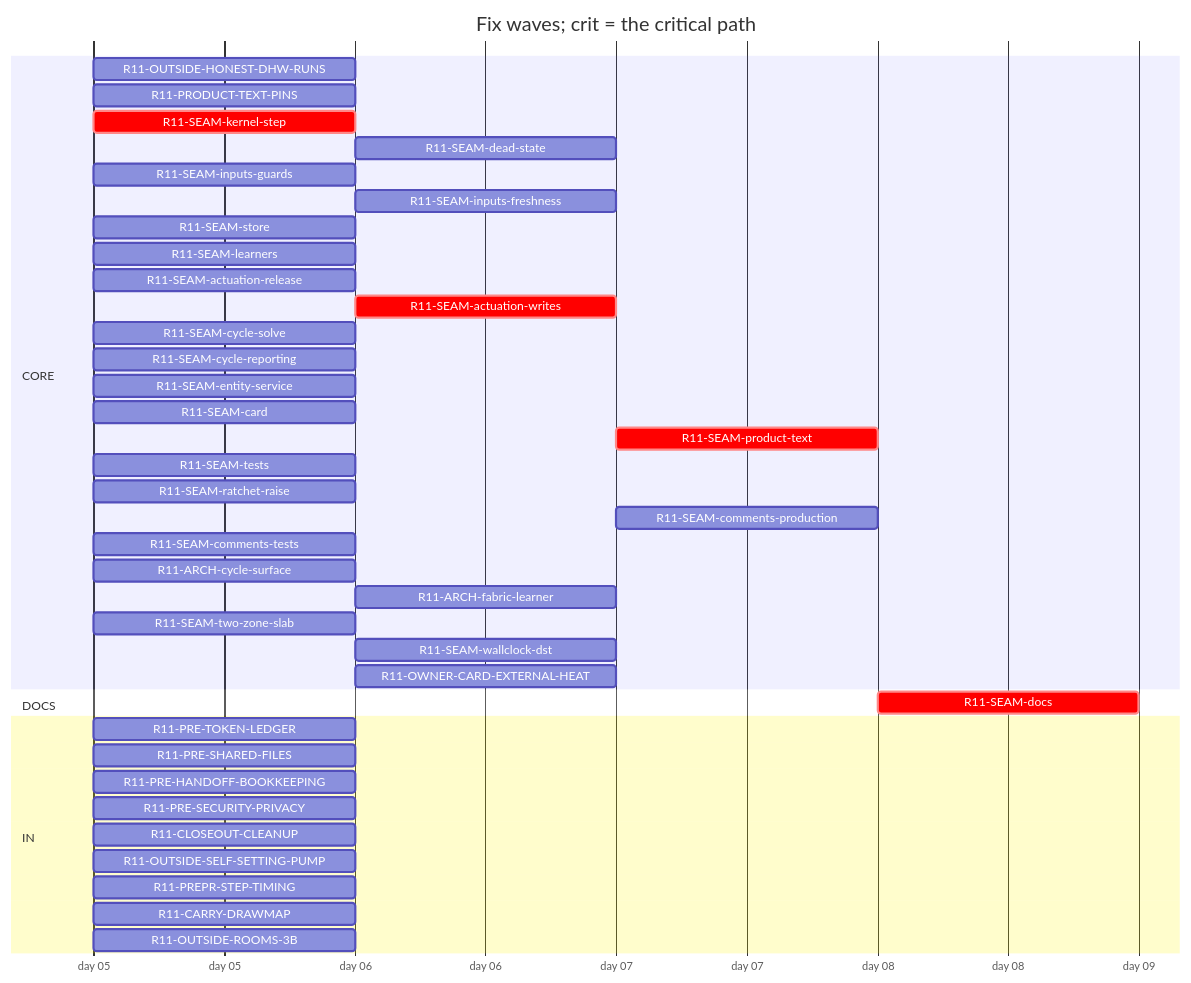
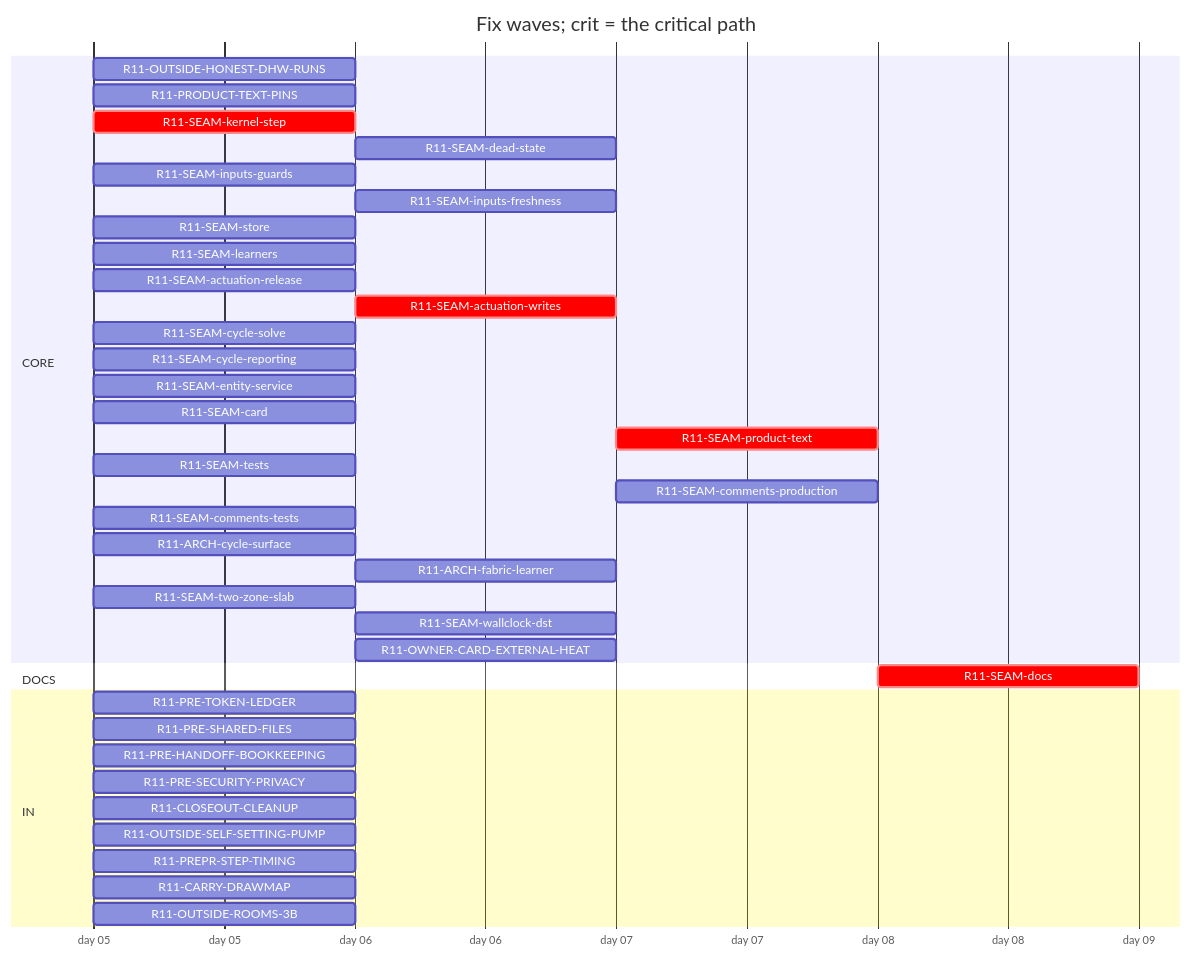
Before and after one commit to tvofi/heatpump_optimizer: the diagram in handoff/round11/state/PLAN-TABLE.md, drawn with Mermaid. The commit also changed other lines of this file and 4 other files, not shown here.

Commit message:
state: FLOW-BOARD.md, NEXT-SESSION-PROMPT.md, PLAN-TABLE.md, PLAN.html, RESUME-CURRENT.md regenerated (state_docs.py)

````diff
--- a/handoff/round11/state/PLAN-TABLE.md
+++ b/handoff/round11/state/PLAN-TABLE.md
@@ -16,43 +16,42 @@
 ```mermaid
 gantt
   title Fix waves; crit = the critical path
   dateFormat YYYY-MM-DD
   axisFormat day %d
   section CORE
     R11-OUTSIDE-HONEST-DHW-RUNS :r11OUTSIDEHONESTDHWRUNS, 2026-01-05, 1d
     R11-PRODUCT-TEXT-PINS :r11PRODUCTTEXTPINS, 2026-01-05, 1d
     R11-SEAM-kernel-step :crit, r11SEAMkernelstep, 2026-01-05, 1d
     R11-SEAM-dead-state :r11SEAMdeadstate, after r11SEAMstore, 1d
     R11-SEAM-inputs-guards :r11SEAMinputsguards, 2026-01-05, 1d
     R11-SEAM-inputs-freshness :r11SEAMinputsfreshness, after r11SEAMkernelstep, 1d
     R11-SEAM-store :r11SEAMstore, 2026-01-05, 1d
     R11-SEAM-learners :r11SEAMlearners, 2026-01-05, 1d
     R11-SEAM-actuation-release :r11SEAMactuationrelease, 2026-01-05, 1d
     R11-SEAM-actuation-writes :crit, r11SEAMactuationwrites, after r11SEAMkernelstep r11SEAMactuationrelease, 1d
     R11-SEAM-cycle-solve :r11SEAMcyclesolve, 2026-01-05, 1d
     R11-SEAM-cycle-reporting :r11SEAMcyclereporting, 2026-01-05, 1d
     R11-SEAM-entity-service :r11SEAMentityservice, 2026-01-05, 1d
     R11-SEAM-card :r11SEAMcard, 2026-01-05, 1d
     R11-SEAM-product-text :crit, r11SEAMproducttext, after r11SEAMactuationrelease r11SEAMactuationwrites r11SEAMentityservice r11SEAMinputsguards r11SEAMinputsfreshness r11SEAMcyclesolve r11SEAMcyclereporting, 1d
     R11-SEAM-tests :r11SEAMtests, 2026-01-05, 1d
-    R11-SEAM-ratchet-raise :r11SEAMratchetraise, 2026-01-05, 1d
     R11-SEAM-comments-production :r11SEAMcommentsproduction, after r11SEAMactuationrelease r11SEAMactuationwrites r11SEAMentityservice r11SEAMinputsguards r11SEAMinputsfreshness r11SEAMcyclesolve r11SEAMcyclereporting, 1d
     R11-SEAM-comments-tests :r11SEAMcommentstests, 2026-01-05, 1d
     R11-ARCH-cycle-surface :r11ARCHcyclesurface, 2026-01-05, 1d
     R11-ARCH-fabric-learner :r11ARCHfabriclearner, after r11SEAMlearners, 1d
     R11-SEAM-two-zone-slab :r11SEAMtwozoneslab, 2026-01-05, 1d
     R11-SEAM-wallclock-dst :r11SEAMwallclockdst, after r11SEAMkernelstep, 1d
     R11-OWNER-CARD-EXTERNAL-HEAT :r11OWNERCARDEXTERNALHEAT, after r11SEAMcard, 1d
   section DOCS
     R11-SEAM-docs :crit, r11SEAMdocs, after r11SEAMlearners r11SEAMactuationrelease r11SEAMactuationwrites r11SEAMentityservice r11SEAMinputsguards r11SEAMinputsfreshness r11SEAMcyclesolve r11SEAMcyclereporting r11SEAMcard r11SEAMproducttext, 1d
   section IN
     R11-PRE-TOKEN-LEDGER :r11PRETOKENLEDGER, 2026-01-05, 1d
     R11-PRE-SHARED-FILES :r11PRESHAREDFILES, 2026-01-05, 1d
     R11-PRE-HANDOFF-BOOKKEEPING :r11PREHANDOFFBOOKKEEPING, 2026-01-05, 1d
     R11-PRE-SECURITY-PRIVACY :r11PRESECURITYPRIVACY, 2026-01-05, 1d
     R11-CLOSEOUT-CLEANUP :r11CLOSEOUTCLEANUP, 2026-01-05, 1d
     R11-OUTSIDE-SELF-SETTING-PUMP :r11OUTSIDESELFSETTINGPUMP, 2026-01-05, 1d
     R11-PREPR-STEP-TIMING :r11PREPRSTEPTIMING, 2026-01-05, 1d
     R11-CARRY-DRAWMAP :r11CARRYDRAWMAP, 2026-01-05, 1d
     R11-OUTSIDE-ROOMS-3B :r11OUTSIDEROOMS3B, 2026-01-05, 1d
 ```
````
